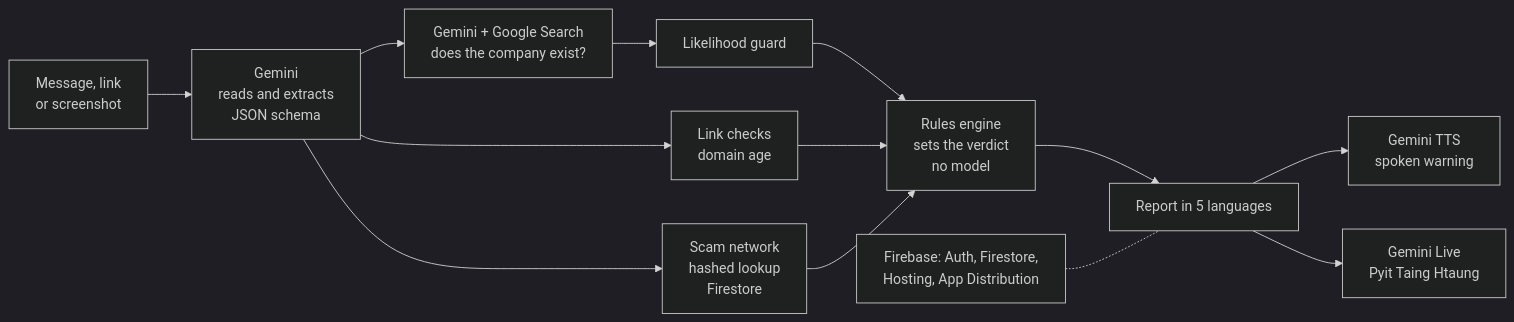
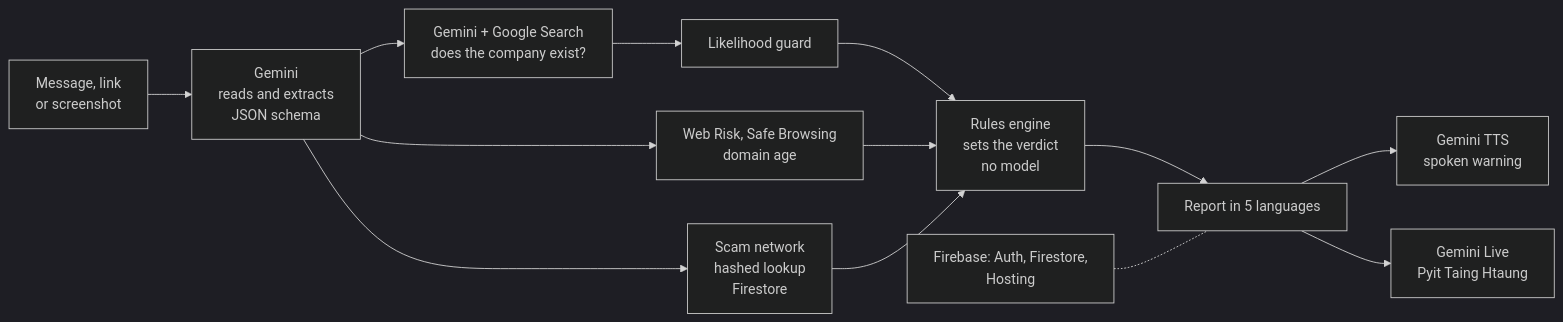
The diagram in pitch/video-script.md (minthein128/scamshield), drawn with Mermaid (dark theme) before and after one commit. The commit also changed other lines of this file, not shown here.

````diff
--- a/pitch/video-script.md
+++ b/pitch/video-script.md
@@ -74,15 +50,15 @@
 ```mermaid
 flowchart LR
   IN[Message, link<br/>or screenshot] --> X[Gemini<br/>reads and extracts<br/>JSON schema]
   X --> GR[Gemini + Google Search<br/>does the company exist?]
-  X --> L[Link checks<br/>domain age]
+  X --> L[Web Risk, Safe Browsing<br/>domain age]
   X --> N[Scam network<br/>hashed lookup<br/>Firestore]
   GR --> G[Likelihood guard]
   G --> S[Rules engine<br/>sets the verdict<br/>no model]
   L --> S
   N --> S
   S --> R[Report in 5 languages]
   R --> V[Gemini TTS<br/>spoken warning]
   R --> LV[Gemini Live<br/>Pyit Taing Htaung]
-  FB[Firebase: Auth, Firestore,<br/>Hosting, App Distribution] -.- R
+  FB[Firebase: Auth, Firestore,<br/>Hosting] -.- R
 ```
````
